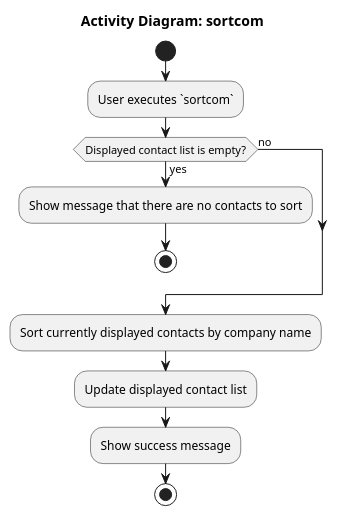
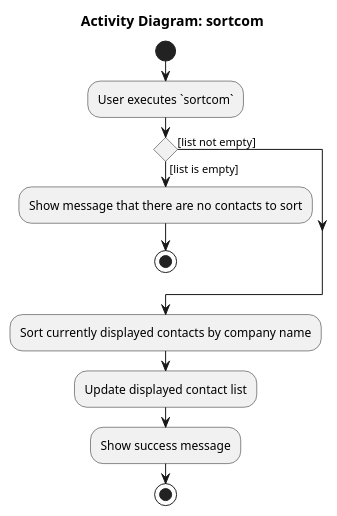
Before and after one commit to savagexr3/tp: the diagram in docs/diagrams/company/SortComActivityDiagram.puml, drawn with PlantUML. The commit also changed 2 other files, not shown here.

Commit message:
Fix condition diamond in Activity Diagram

```diff
--- a/docs/diagrams/company/SortComActivityDiagram.puml
+++ b/docs/diagrams/company/SortComActivityDiagram.puml
@@ -1,19 +1,19 @@
 @startuml
 title Activity Diagram: sortcom
 
 start
 
 :User executes `sortcom`;
 
-if (Displayed contact list is empty?) then (yes)
+if () then ([list is empty])
     :Show message that there are no contacts to sort;
     stop
-else (no)
+else ([list not empty])
 endif
 
 :Sort currently displayed contacts by company name;
 :Update displayed contact list;
 :Show success message;
 
 stop
 @enduml
```
